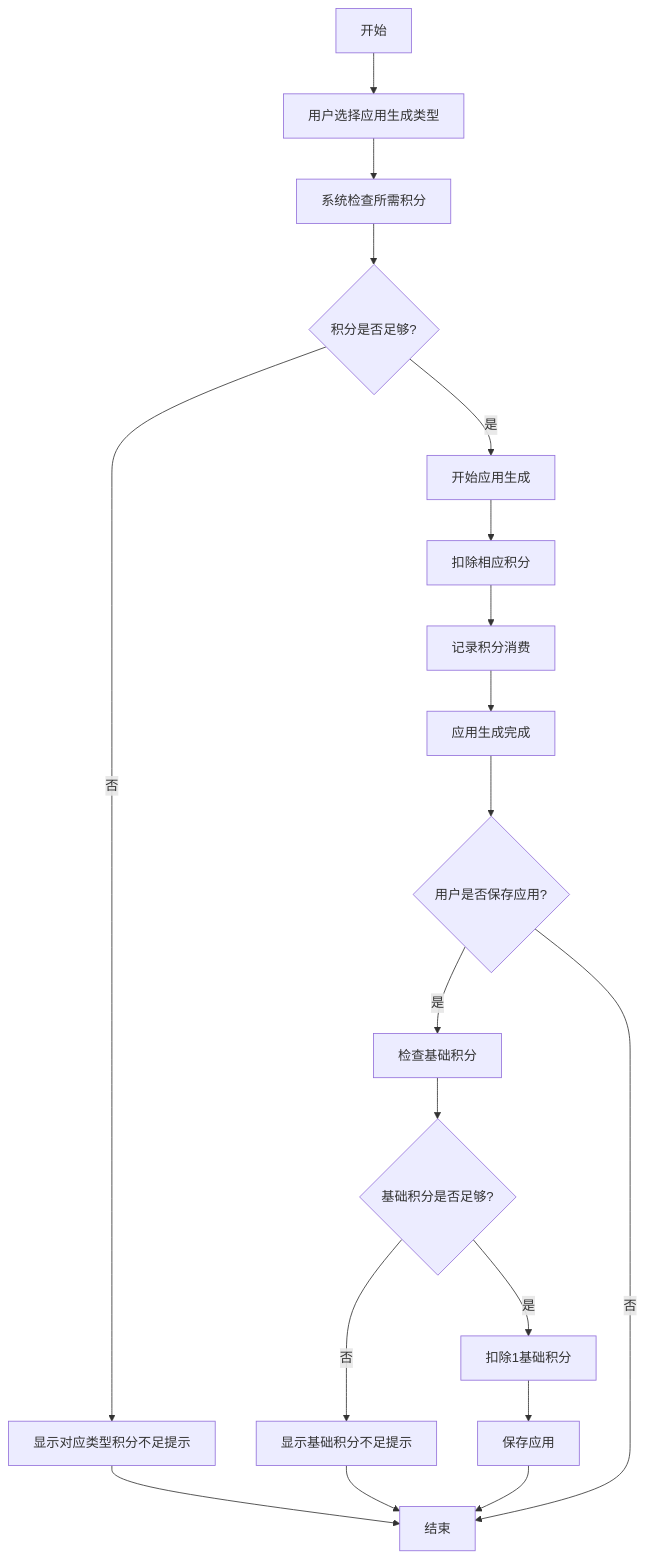
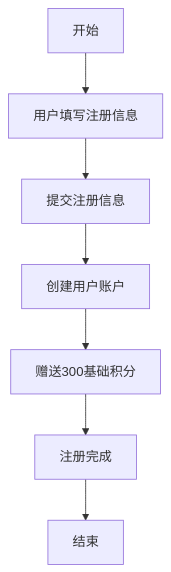
The diagram in all/未命名-65.md (yingjianzh/iodraw-files), drawn with Mermaid before and after one commit.

Commit message:
2025-05-22 14:01:56 update

````diff
--- a/all/未命名-65.md
+++ b/all/未命名-65.md
@@ -1,21 +1,9 @@
 ```mermaid
 flowchart TD
-    A[开始] --> B[用户选择应用生成类型]
-    B --> C[系统检查所需积分]
-    C --> D{积分是否足够?}
-    D -- 否 --> E[显示对应类型积分不足提示]
-    E --> F[结束]
-    D -- 是 --> G[开始应用生成]
-    G --> H[扣除相应积分]
-    H --> I[记录积分消费]
-    I --> J[应用生成完成]
-    J --> K{用户是否保存应用?}
-    K -- 是 --> L[检查基础积分]
-    L --> M{基础积分是否足够?}
-    M -- 否 --> N[显示基础积分不足提示]
-    N --> F
-    M -- 是 --> O[扣除1基础积分]
-    O --> P[保存应用]
-    P --> F
-    K -- 否 --> F
+    A[开始] --> B[用户填写注册信息]
+    B --> C[提交注册信息]
+    C --> D[创建用户账户]
+    D --> E[赠送300基础积分]
+    E --> F[注册完成]
+    F --> G[结束]
 ```
````
